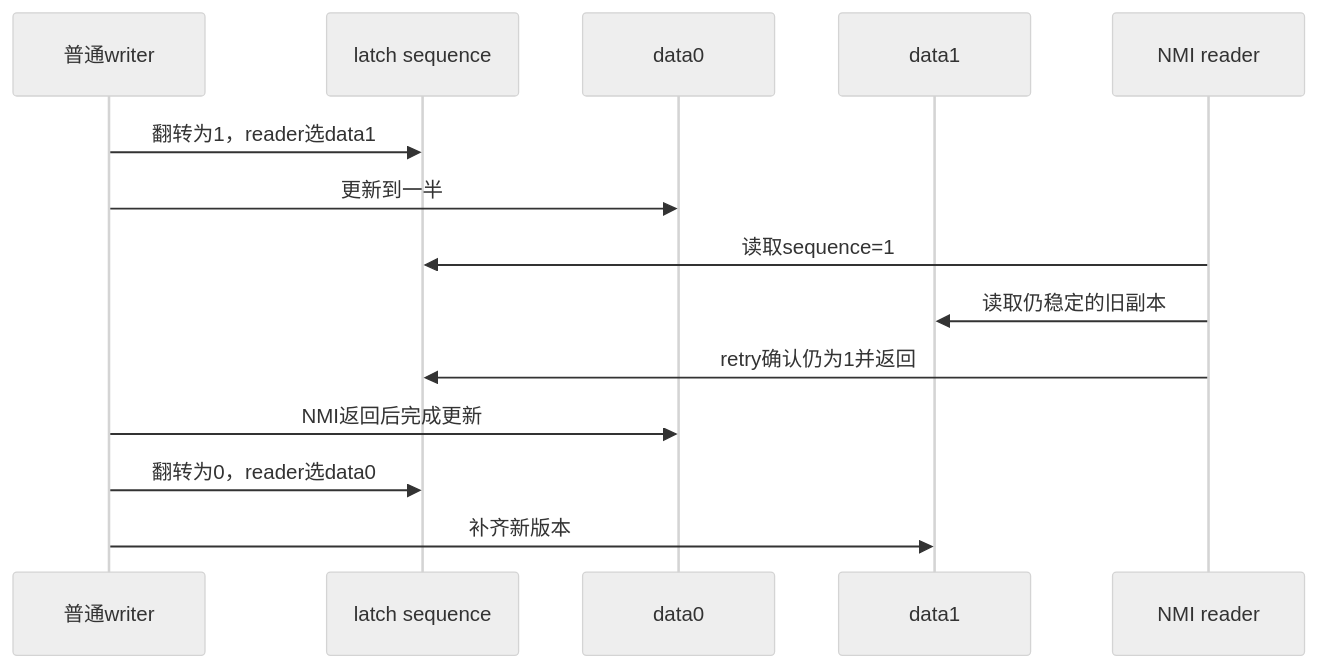
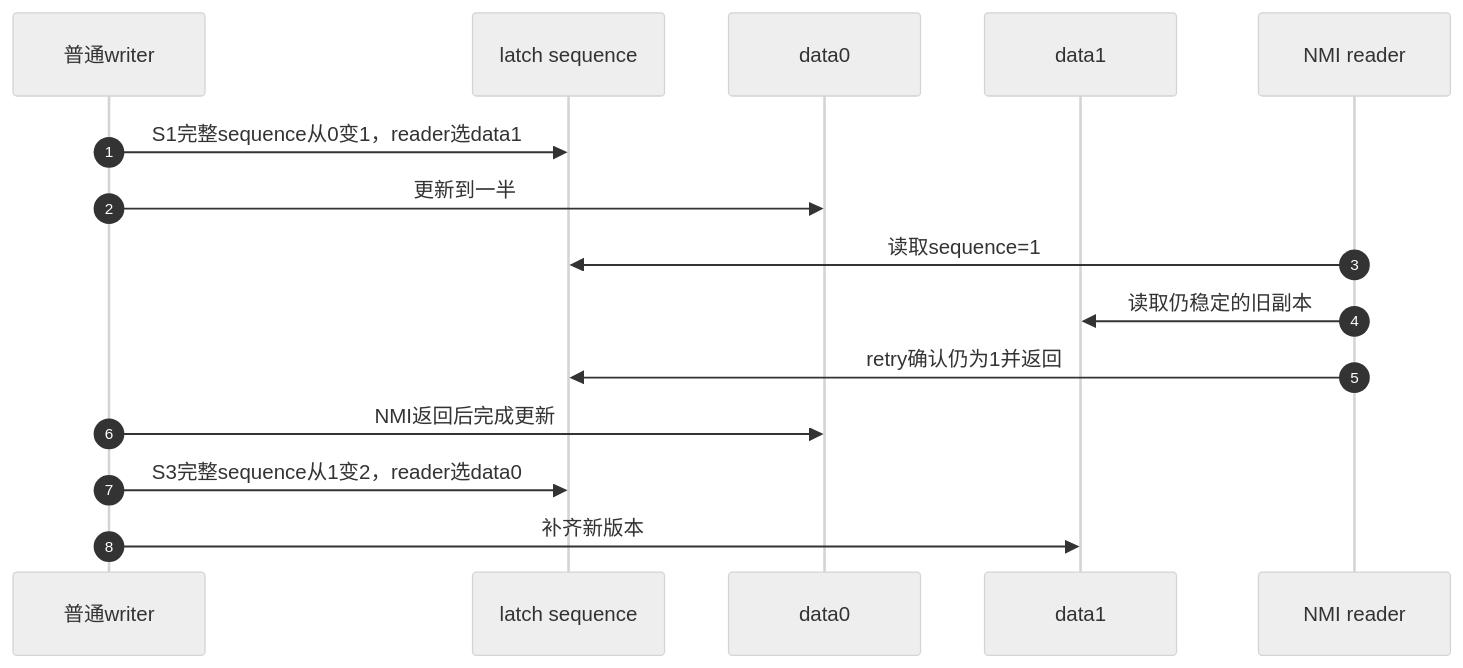
The second of 2 diagrams in knowledge/linux/synchronization_and_asynchrony/synchronization/sequence_counters/P04_seqcount_latch双副本状态机.md (FormingSystem/linux_note), drawn with Mermaid (neutral theme) before and after one commit. The commit also changed other lines of this file and 8 other files, not shown here.

````diff
--- a/knowledge/linux/synchronization_and_asynchrony/synchronization/sequence_counters/P04_seqcount_latch双副本状态机.md
+++ b/knowledge/linux/synchronization_and_asynchrony/synchronization/sequence_counters/P04_seqcount_latch双副本状态机.md
@@ -48,17 +54,18 @@
 ```mermaid
 sequenceDiagram
+    autonumber
     participant W as 普通writer
     participant S as latch sequence
     participant D0 as data0
     participant D1 as data1
     participant N as NMI reader
 
-    W->>S: 翻转为1，reader选data1
+    W->>S: S1完整sequence从0变1，reader选data1
     W->>D0: 更新到一半
     N->>S: 读取sequence=1
     N->>D1: 读取仍稳定的旧副本
     N->>S: retry确认仍为1并返回
     W->>D0: NMI返回后完成更新
-    W->>S: 翻转为0，reader选data0
+    W->>S: S3完整sequence从1变2，reader选data0
     W->>D1: 补齐新版本
 ```
````
